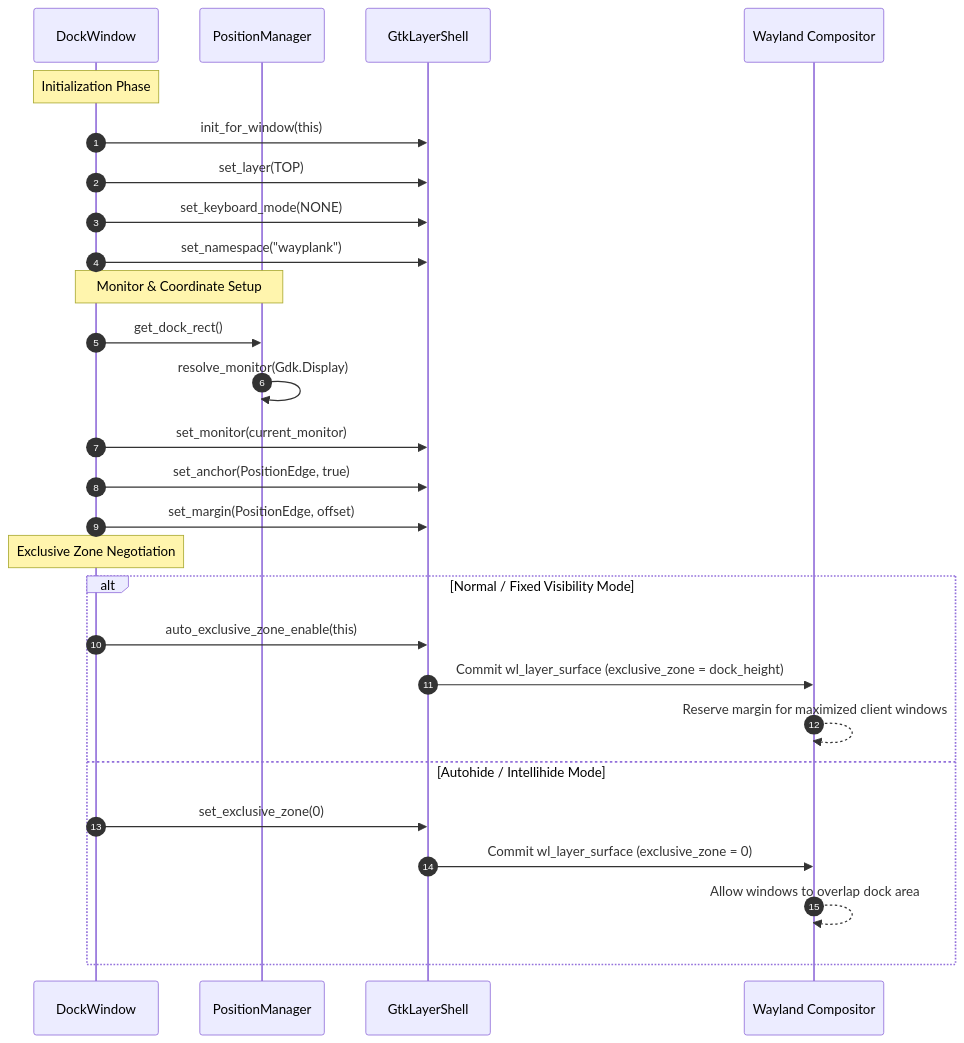
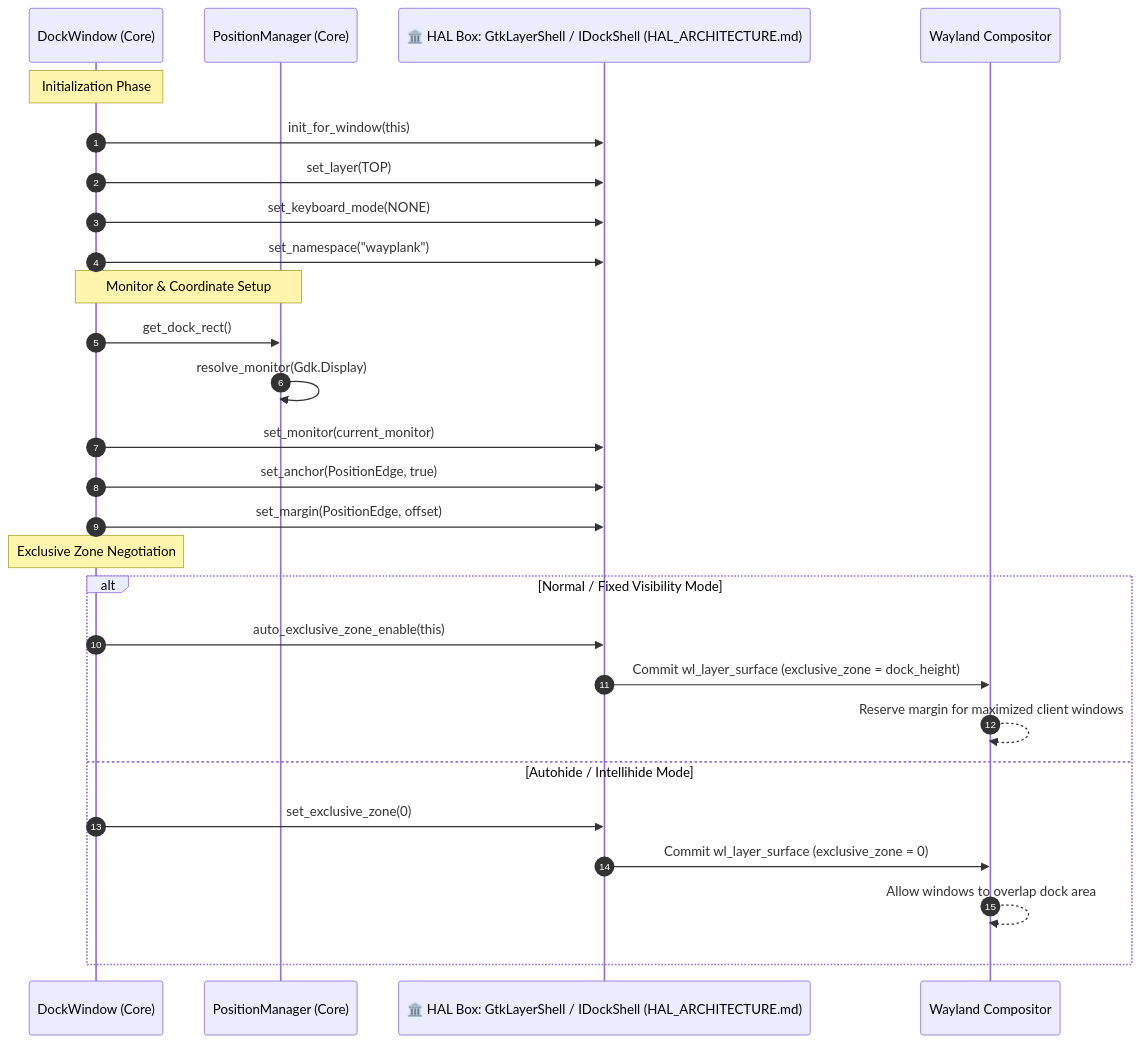
Before and after one commit to sergiomelas/WayPlank: the second of 3 diagrams in Documentation/wayplank_x11_to_wayland_report_en.md, drawn with Mermaid. The commit also changed other lines of this file and 174 other files, not shown here.

````diff
--- a/Documentation/wayplank_x11_to_wayland_report_en.md
+++ b/Documentation/wayplank_x11_to_wayland_report_en.md
@@ -128,32 +99,32 @@
 ```mermaid
 sequenceDiagram
     autonumber
-    participant DW as DockWindow
-    participant PM as PositionManager
-    participant LS as GtkLayerShell
+    participant DW as DockWindow (Core)
+    participant PM as PositionManager (Core)
+    participant LS as 🏛️ HAL Box: GtkLayerShell / IDockShell (HAL_ARCHITECTURE.md)
     participant Comp as Wayland Compositor
 
     Note over DW: Initialization Phase
     DW->>LS: init_for_window(this)
     DW->>LS: set_layer(TOP)
     DW->>LS: set_keyboard_mode(NONE)
     DW->>LS: set_namespace("wayplank")
 
     Note over DW,PM: Monitor & Coordinate Setup
     DW->>PM: get_dock_rect()
     PM->>PM: resolve_monitor(Gdk.Display)
     DW->>LS: set_monitor(current_monitor)
     DW->>LS: set_anchor(PositionEdge, true)
     DW->>LS: set_margin(PositionEdge, offset)
 
     Note over DW: Exclusive Zone Negotiation
     alt Normal / Fixed Visibility Mode
         DW->>LS: auto_exclusive_zone_enable(this)
         LS->>Comp: Commit wl_layer_surface (exclusive_zone = dock_height)
         Comp-->>Comp: Reserve margin for maximized client windows
     else Autohide / Intellihide Mode
         DW->>LS: set_exclusive_zone(0)
         LS->>Comp: Commit wl_layer_surface (exclusive_zone = 0)
         Comp-->>Comp: Allow windows to overlap dock area
     end
 ```
````
